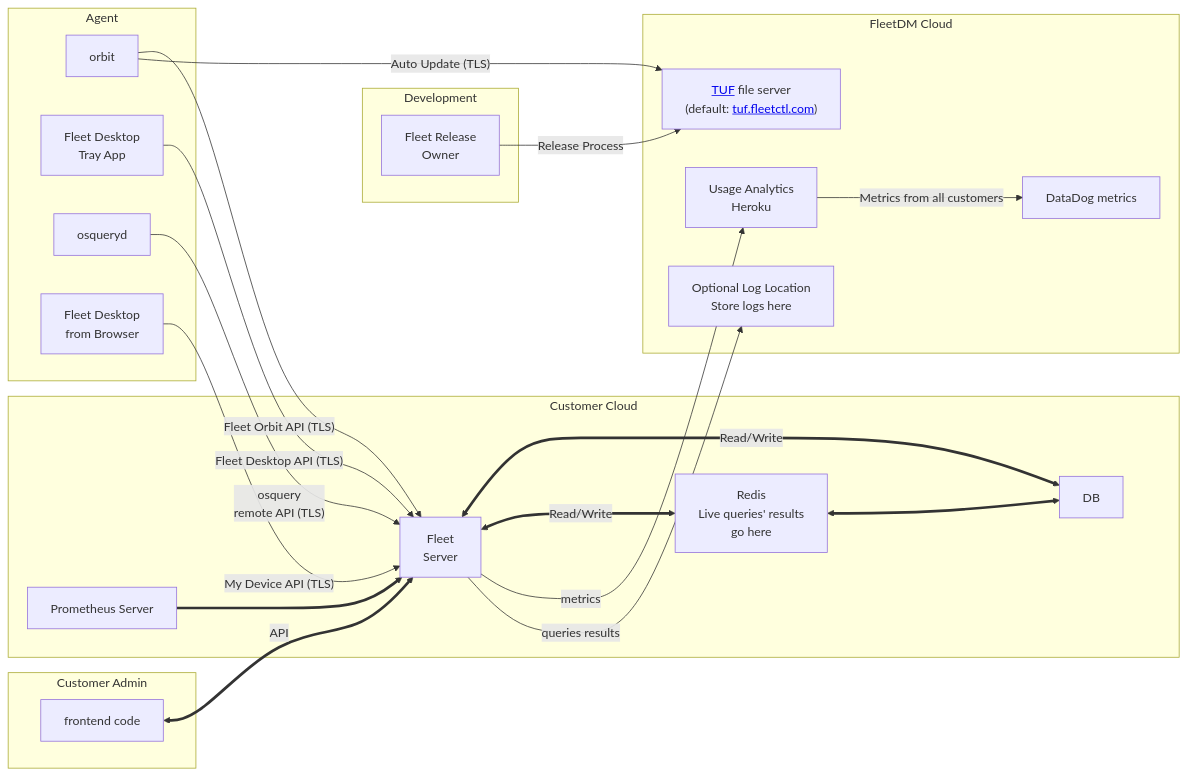
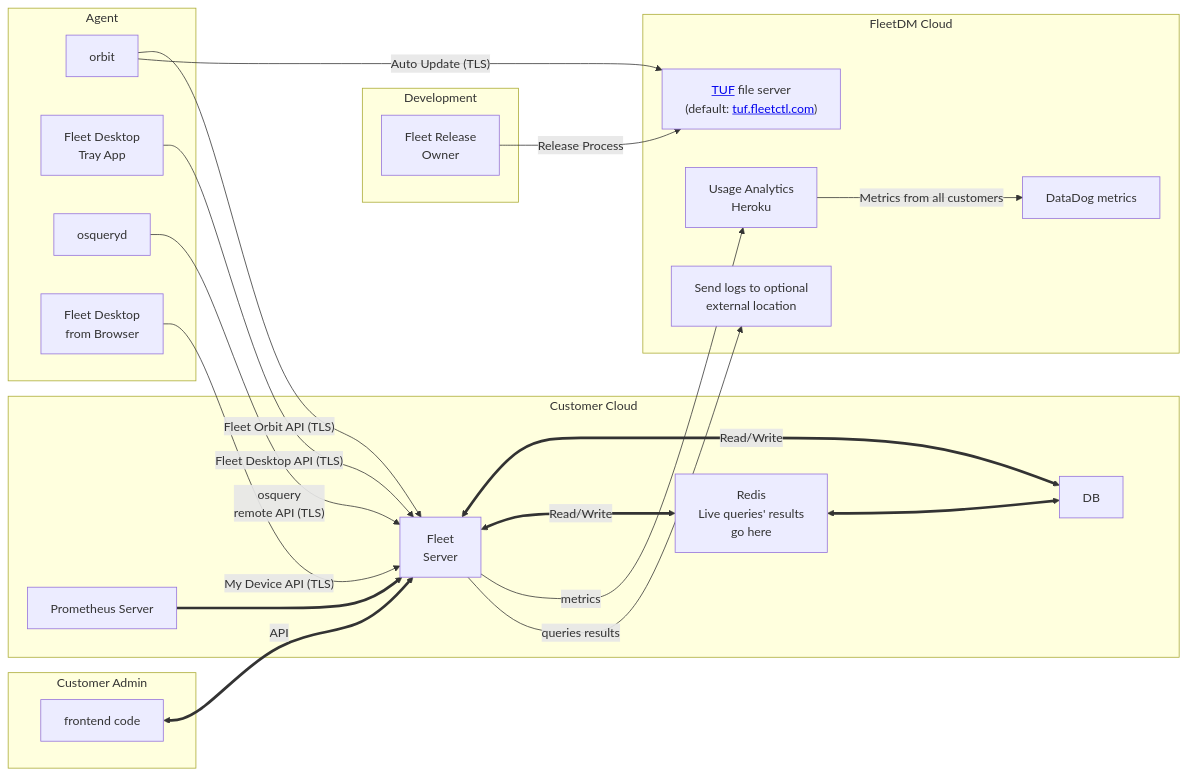
Before and after one commit to fleetdm/fleet: the first of 7 diagrams in docs/Contributing/high-level-architecture.md, drawn with Mermaid.

````diff
--- a/docs/Contributing/high-level-architecture.md
+++ b/docs/Contributing/high-level-architecture.md
@@ -12,54 +12,54 @@
 ```mermaid
 graph LR;
     
     subgraph Development
         fleet_release_owner[Fleet Release<br>Owner];
     end
 
     subgraph Agent
         orbit[orbit];
         desktop[Fleet Desktop<br>Tray App];
         osqueryd[osqueryd];
         desktop_browser[Fleet Desktop<br> from Browser];
     end
 
     subgraph Customer Cloud
         fleet_server[Fleet<br>Server];
         db[DB];
         redis[Redis<br>Live queries' results <br>go here];
         prometheus[Prometheus Server];
     end
 
     subgraph FleetDM Cloud
         tuf["<a href=https://theupdateframework.io/>TUF</a> file server<br>(default: <a href=https://tuf.fleetctl.com>tuf.fleetctl.com</a>)"];
         datadog[DataDog metrics]
         heroku[Usage Analytics<br>Heroku]
-        log[Optional Log Location<br>Store logs here]
+        log[Send logs to optional<br> external location]
     end
 
     subgraph Customer Admin
         frontend[frontend code]
     end
 
 
     fleet_release_owner -- "Release Process" --> tuf;
 
     orbit -- "Fleet Orbit API (TLS)" --> fleet_server;
     orbit -- "Auto Update (TLS)" --> tuf;
     desktop -- "Fleet Desktop API (TLS)" --> fleet_server;
     osqueryd -- "osquery<br>remote API (TLS)" --> fleet_server;
     desktop_browser -- "My Device API (TLS)" --> fleet_server;
 
     heroku -- "Metrics from all customers" --> datadog;
 
     fleet_server <== "Read/Write" ==> db;
     fleet_server <== "Read/Write" ==> redis;
     redis <==> db;
 
     prometheus ==> fleet_server;
     fleet_server -- "metrics" --> heroku;
     fleet_server -- "queries results" --> log;
 
     frontend <== "API" ==> fleet_server;
 
 ```
````
